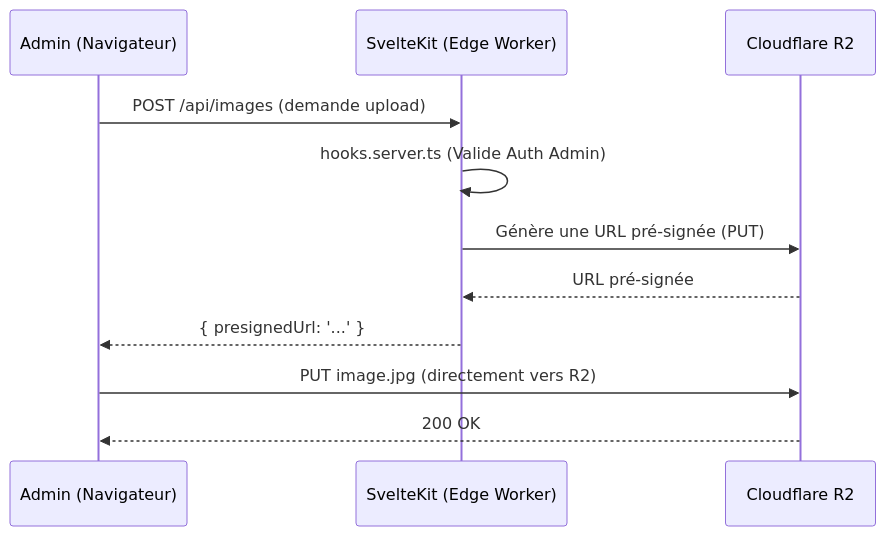
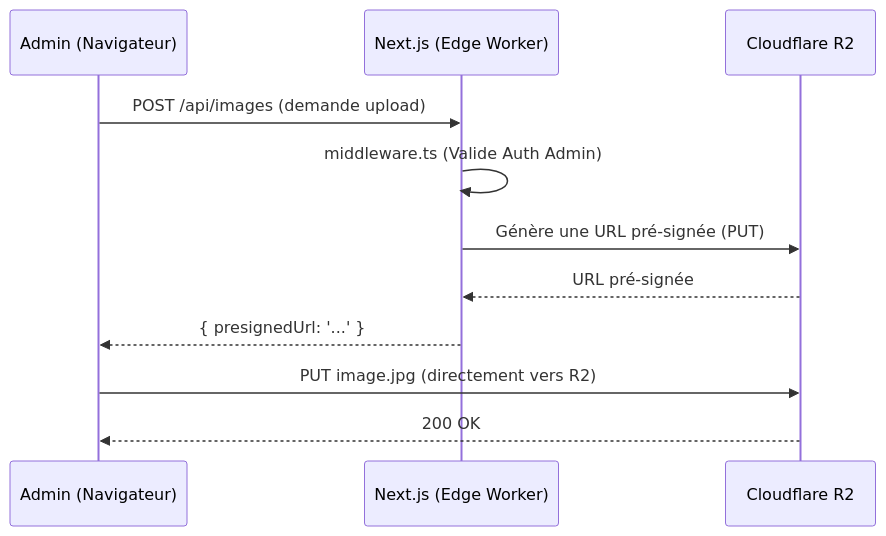
Before and after one commit to sebc-dev/website: the fourth of 4 diagrams in docs/specs/svelte/Architecture_technique.md, drawn with Mermaid. The commit also changed other lines of this file, not shown here.

Commit message:
Update Architecture_technique.md to use NextJS architecture

````diff
--- a/docs/specs/svelte/Architecture_technique.md
+++ b/docs/specs/svelte/Architecture_technique.md
@@ -246,14 +246,14 @@
 ```mermaid
 sequenceDiagram
     participant U as Admin (Navigateur)
-    participant SK as SvelteKit (Edge Worker)
+    participant NX as Next.js (Edge Worker)
     participant R2 as Cloudflare R2
 
-    U->>SK: POST /api/images (demande upload)
-    SK->>SK: hooks.server.ts (Valide Auth Admin)
-    SK->>R2: Génère une URL pré-signée (PUT)
-    R2-->>SK: URL pré-signée
-    SK-->>U: { presignedUrl: '...' }
+    U->>NX: POST /api/images (demande upload)
+    NX->>NX: middleware.ts (Valide Auth Admin)
+    NX->>R2: Génère une URL pré-signée (PUT)
+    R2-->>NX: URL pré-signée
+    NX-->>U: { presignedUrl: '...' }
     U->>R2: PUT image.jpg (directement vers R2)
     R2-->>U: 200 OK
 ```
````
